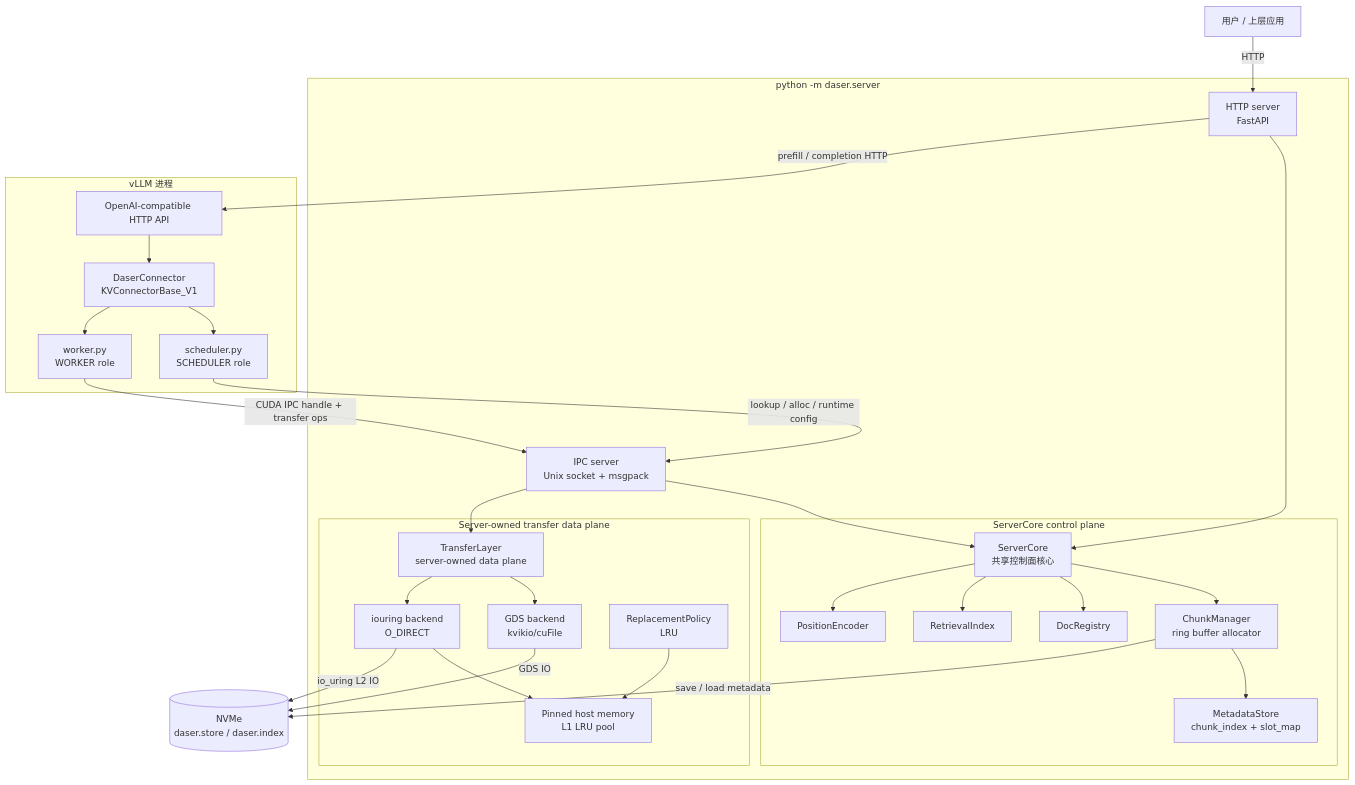
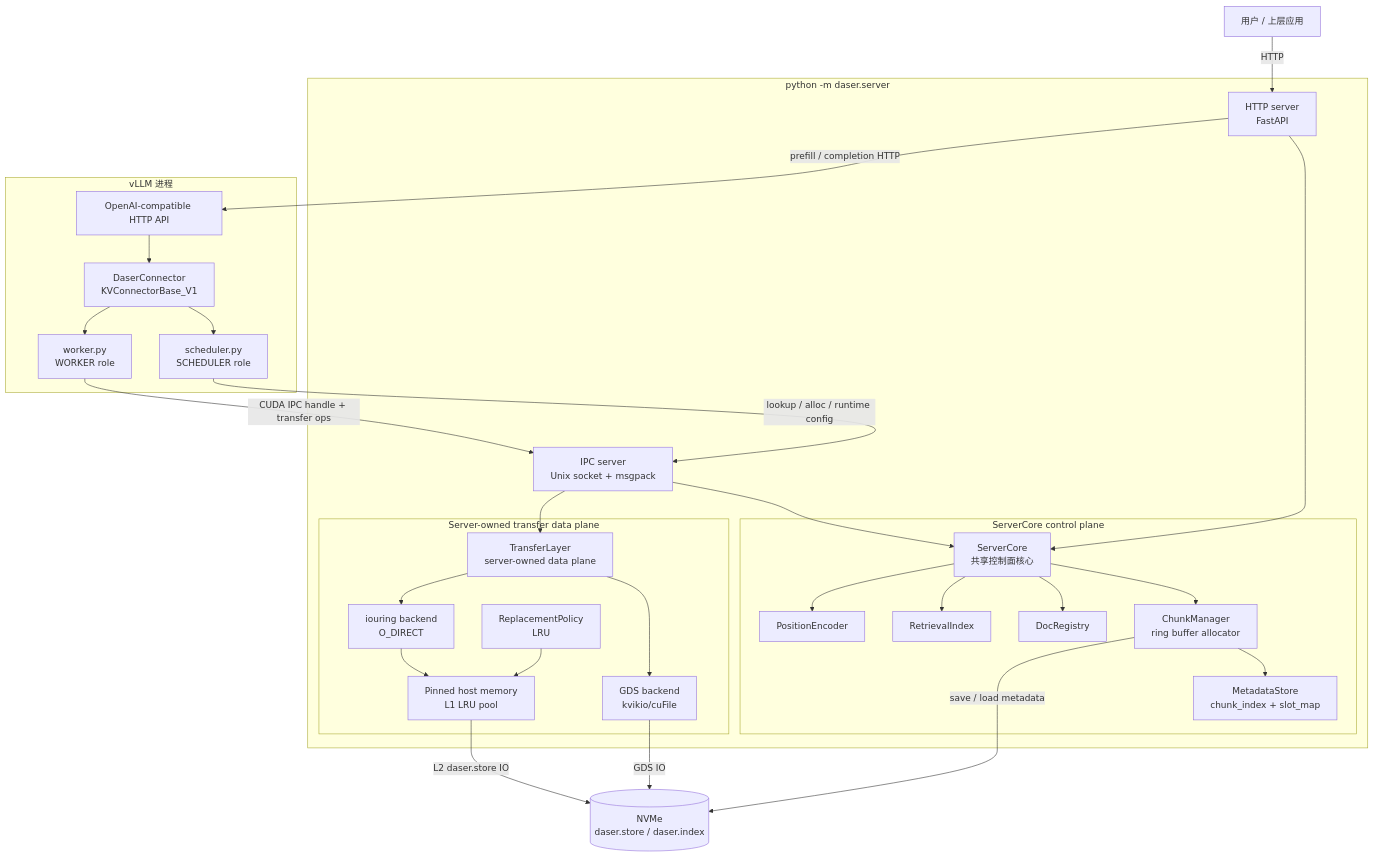
One commit to GentleCold/DaseR changed the first of 2 diagrams in docs/design/architecture.md. Above: the diagram before and after it, drawn with Mermaid. The commit also changed other lines of this file, not shown here.

First line of the commit message:
docs(design): show iouring l1 to store hierarchy

````diff
--- a/docs/design/architecture.md
+++ b/docs/design/architecture.md
@@ -11,61 +11,61 @@
 ```mermaid
 graph TB
     User["用户 / 上层应用"]
 
     subgraph server["python -m daser.server"]
         HTTP["HTTP server<br/>FastAPI"]
         IPC["IPC server<br/>Unix socket + msgpack"]
         subgraph core_owner["ServerCore control plane"]
             CORE["ServerCore<br/>共享控制面核心"]
             CM["ChunkManager<br/>ring buffer allocator"]
             MS["MetadataStore<br/>chunk_index + slot_map"]
             DR["DocRegistry"]
             RI["RetrievalIndex"]
             PE["PositionEncoder"]
 
             CORE --> CM
             CORE --> DR
             CORE --> RI
             CORE --> PE
             CM --> MS
         end
 
         subgraph transfer_owner["Server-owned transfer data plane"]
             TL["TransferLayer<br/>server-owned data plane"]
             GDS["GDS backend<br/>kvikio/cuFile"]
             IOR["iouring backend<br/>O_DIRECT"]
             L1["Pinned host memory<br/>L1 LRU pool"]
             RP["ReplacementPolicy<br/>LRU"]
 
             TL --> GDS
             TL --> IOR
             IOR --> L1
             RP --> L1
         end
 
         HTTP --> CORE
         IPC --> CORE
         IPC --> TL
     end
 
     subgraph vllm["vLLM 进程"]
         VAPI["OpenAI-compatible HTTP API"]
         DC["DaserConnector<br/>KVConnectorBase_V1"]
         SCHED["scheduler.py<br/>SCHEDULER role"]
         WORKER["worker.py<br/>WORKER role"]
 
         VAPI --> DC
         DC --> SCHED
         DC --> WORKER
     end
 
     NVMe[("NVMe<br/>daser.store / daser.index")]
 
     User -- "HTTP" --> HTTP
     HTTP -- "prefill / completion HTTP" --> VAPI
     SCHED -- "lookup / alloc / runtime config" --> IPC
     WORKER -- "CUDA IPC handle + transfer ops" --> IPC
     GDS -- "GDS IO" --> NVMe
-    IOR -- "io_uring L2 IO" --> NVMe
+    L1 -- "L2 daser.store IO" --> NVMe
     CM -- "save / load metadata" --> NVMe
 ```
````
